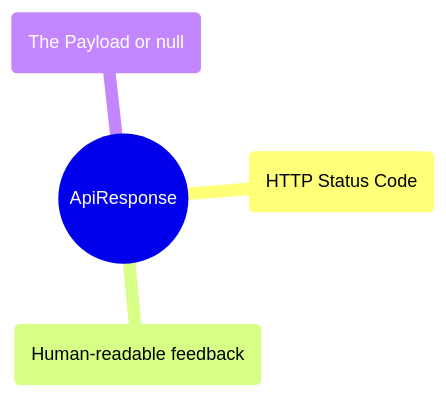
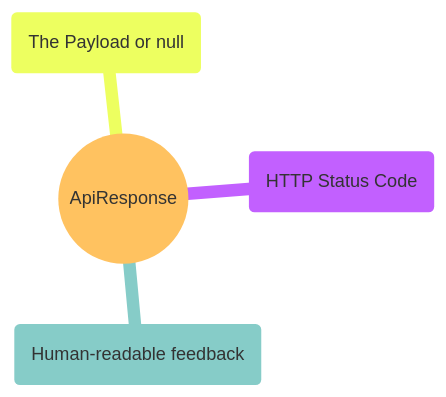
One commit to alvianzf/introduction-to-nest changed the second of 5 diagrams in CODEBASE_ANALYSIS.md. Above: the diagram before and after it, drawn with Mermaid. The commit also changed other lines of this file and 2 other files, not shown here.

Commit message:
Enhance documentation visuals: Brighten Mermaid diagrams for better visibility

````diff
--- a/CODEBASE_ANALYSIS.md
+++ b/CODEBASE_ANALYSIS.md
@@ -27,7 +28,8 @@
 ```mermaid
+%%{init: {'theme': 'base', 'themeVariables': { 'primaryColor': '#fff3e0', 'edgeColor': '#e65100', 'tertiaryColor': '#e0f2f1'}}}%%
 mindmap
     root((ApiResponse))
         Status(HTTP Status Code)
         Message(Human-readable feedback)
         Data(The Payload or null)
 ```
````
